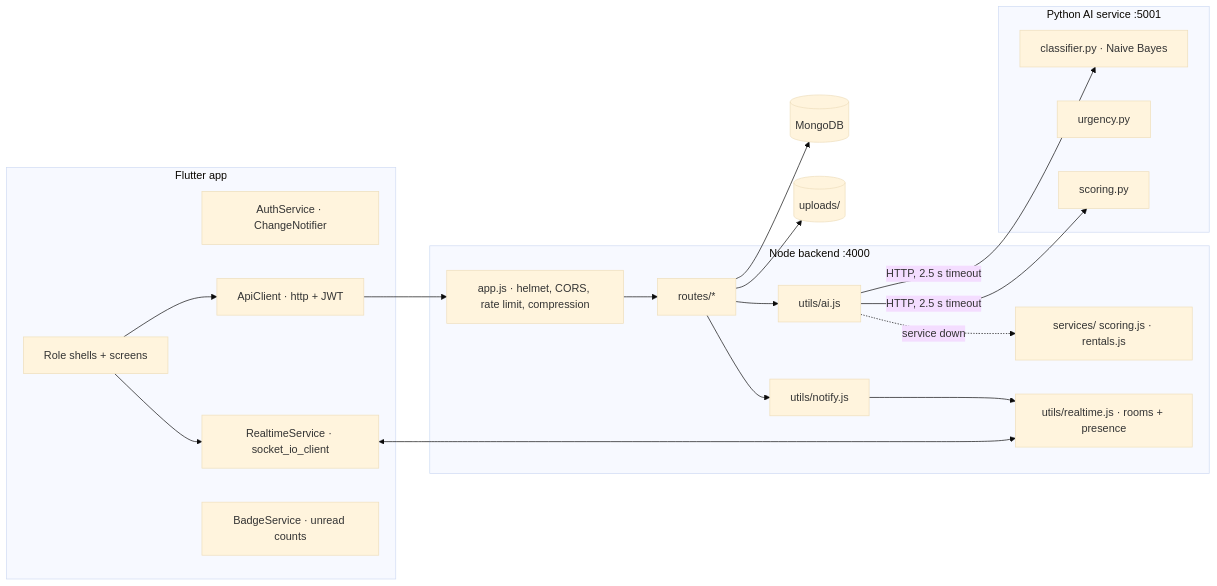
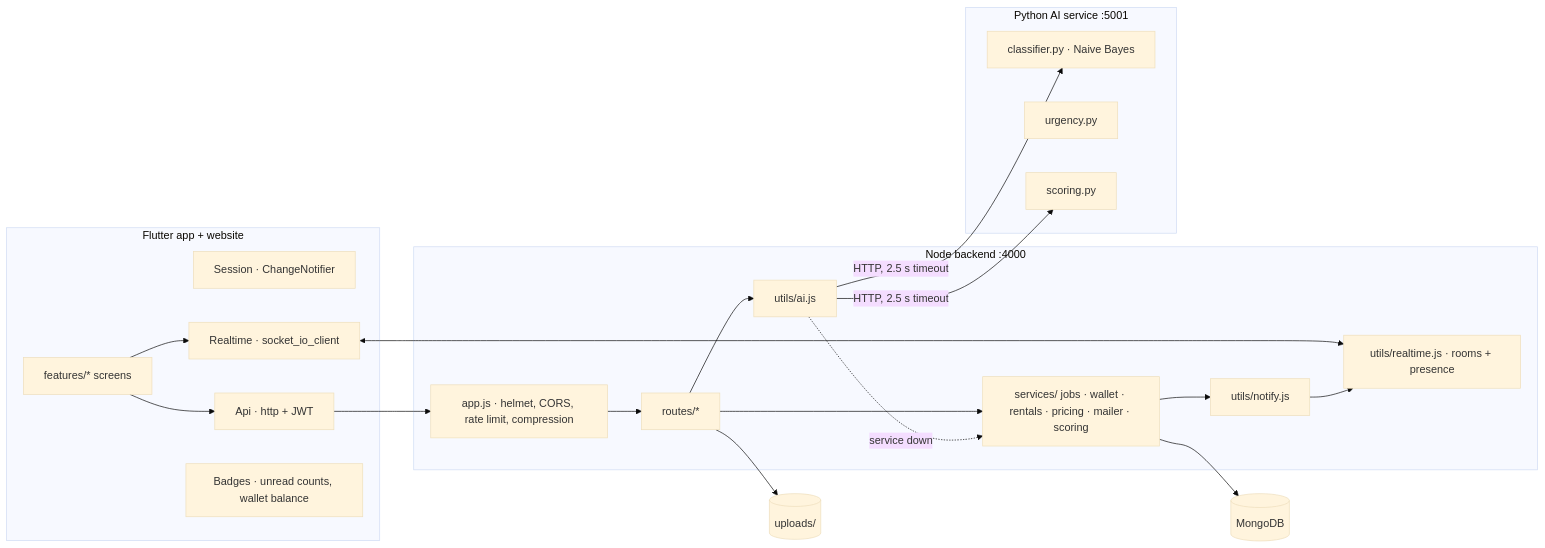
Before and after one commit to haroon7290/surefixing: the first of 4 diagrams in docs/ARCHITECTURE.md, drawn with Mermaid (base theme). The commit also changed other lines of this file and 146 other files, not shown here.

````diff
--- a/docs/ARCHITECTURE.md
+++ b/docs/ARCHITECTURE.md
@@ -15,36 +15,36 @@
 ```mermaid
 flowchart LR
-    subgraph Mobile[Flutter app]
-      Screens[Role shells + screens]
-      Auth[AuthService · ChangeNotifier]
-      API[ApiClient · http + JWT]
-      RT[RealtimeService · socket_io_client]
-      Badges[BadgeService · unread counts]
+    subgraph App[Flutter app + website]
+      Screens[features/* screens]
+      Session[Session · ChangeNotifier]
+      API[Api · http + JWT]
+      RT[Realtime · socket_io_client]
+      Badges[Badges · unread counts, wallet balance]
     end
 
     subgraph Backend[Node backend :4000]
-      App[app.js · helmet, CORS, rate limit, compression]
+      AppJs[app.js · helmet, CORS, rate limit, compression]
       Routes[routes/*]
-      Services[services/ scoring.js · rentals.js]
+      Services[services/ jobs · wallet · rentals · pricing · mailer · scoring]
       AIClient[utils/ai.js]
       Notify[utils/notify.js]
       Realtime[utils/realtime.js · rooms + presence]
     end
 
     subgraph AI[Python AI service :5001]
       Clf[classifier.py · Naive Bayes]
       Urg[urgency.py]
       Score[scoring.py]
     end
 
     Mongo[(MongoDB)]
     Uploads[(uploads/)]
 
-    Screens --> API --> App --> Routes
+    Screens --> API --> AppJs --> Routes --> Services
     Screens --> RT <--> Realtime
-    Routes --> Mongo
+    Services --> Mongo
     Routes --> Uploads
     Routes --> AIClient -->|HTTP, 2.5 s timeout| Clf & Score
     AIClient -.->|service down| Services
-    Routes --> Notify --> Realtime
+    Services --> Notify --> Realtime
 ```
````
